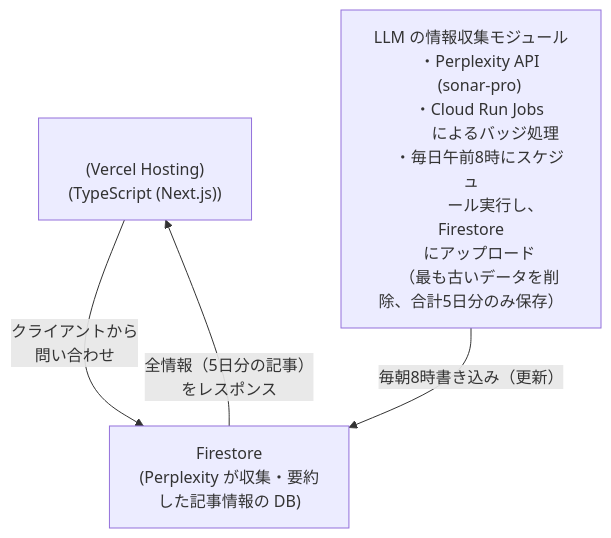
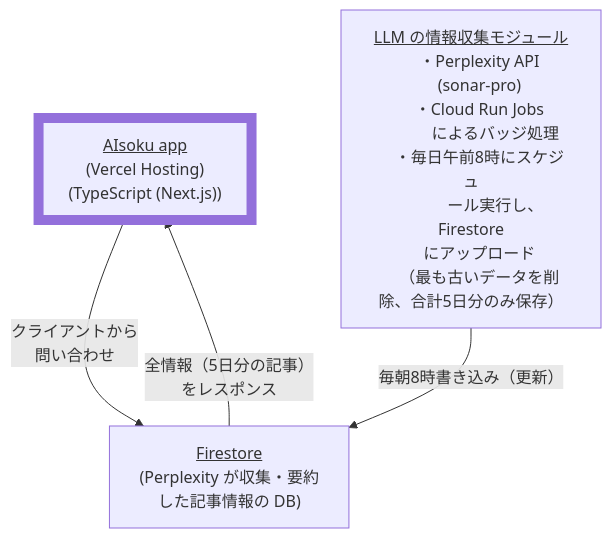
One commit to hakuhami/AIsoku changed the diagram in README.md. Above: the diagram before and after it, drawn with Mermaid.

````diff
--- a/README.md
+++ b/README.md
@@ -12,26 +12,28 @@
 ```mermaid
 flowchart TD
-    A["<AIsoku app>
+    A["<u>AIsoku app</u>
     (Vercel Hosting)
-    (TypeScript (Next.js))"]
+    (TypeScript (Next.js))"]:::thick
     
-    B["Firestore
+    B["<u>Firestore</u>
     (Perplexity が収集・要約
     した記事情報の DB)"]
 
-    C["LLM の情報収集モジュール
+    C["<u>LLM の情報収集モジュール</u>
     ・Perplexity API
     (sonar-pro)
     ・Cloud Run Jobs
     　　によるバッジ処理
     ・毎日午前8時にスケジュ
     　　ール実行し、Firestore
     にアップロード
     （最も古いデータを削除、合計5日分のみ保存）"]
 
     A -->|"クライアントから
     問い合わせ"| B
     C -->|"毎朝8時書き込み（更新）"| B
     B -->|"全情報（5日分の記事）
     をレスポンス"|A
+
+    classDef thick stroke-width:10px
 ```
````
